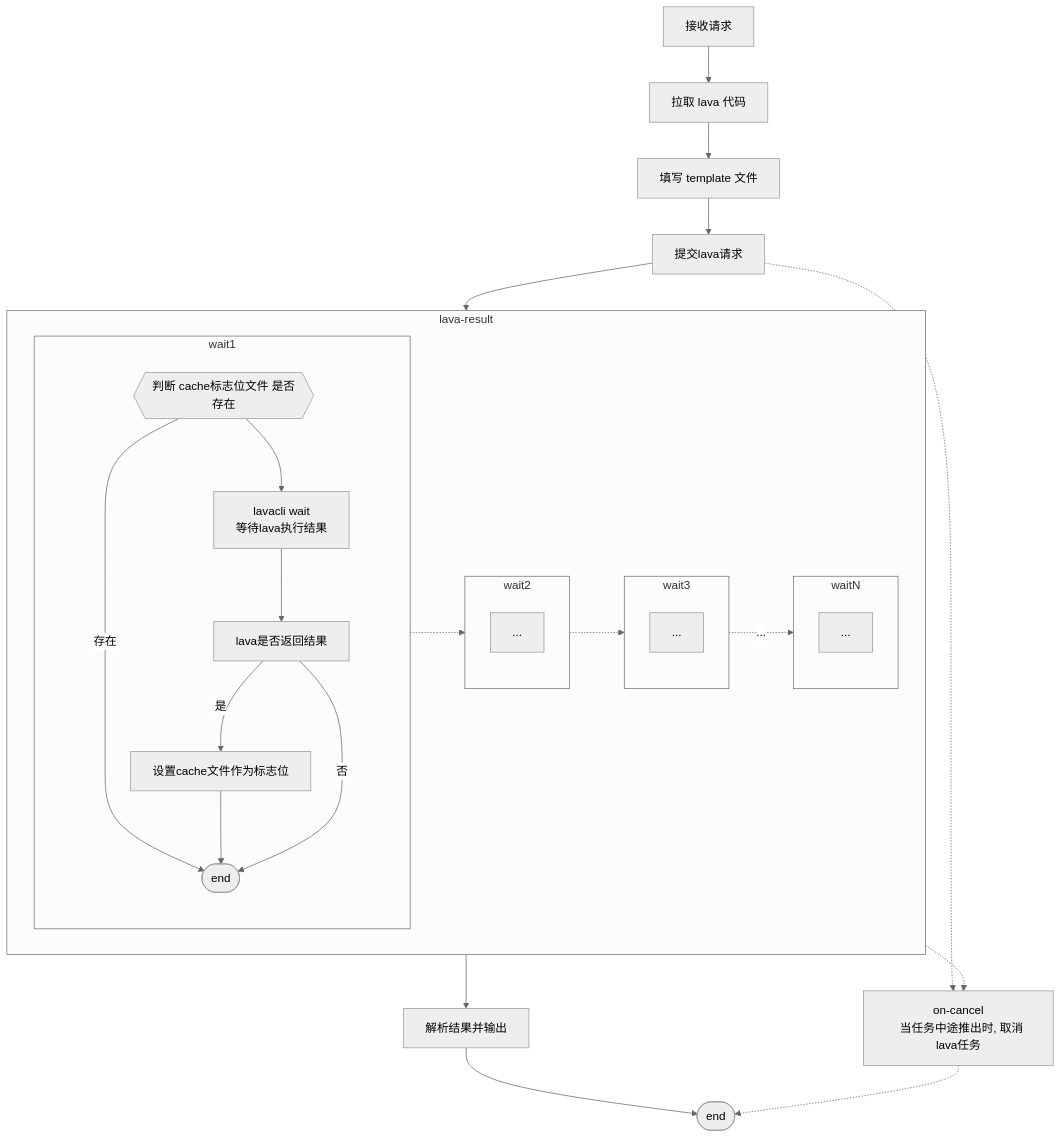
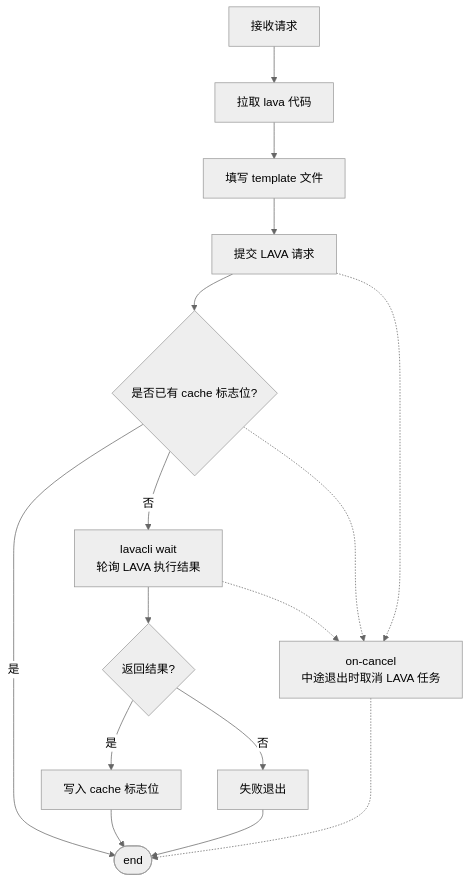
One commit to OERV-RVCI/RVCK-RAVA changed the fourth of 4 diagrams in README.md. Above: the diagram before and after it, drawn with Mermaid (neutral theme). The commit also changed other lines of this file, not shown here.

````diff
--- a/README.md
+++ b/README.md
@@ -180,35 +159,17 @@
 ```mermaid
 flowchart TB
-  A[接收请求] --> B[拉取 lava 代码] --> C[填写 template 文件] --> D[提交lava请求]
-  subgraph lava-result
-  
-  subgraph wait1
-    AA{{判断 cache标志位文件 是否存在}} --存在--> BB([end])
-    AA --> CC["lavacli wait
-    等待lava执行结果
-    "] --> DD[lava是否返回结果] --是--> EE[设置cache文件作为标志位] --> BB
-    DD --否 --> BB
-  end
-  subgraph wait2
-    W2[...]
-  end
-  subgraph wait3
-    W3[...]
-  end
-  subgraph waitN
-    WN[...]
-  end
+  A[接收请求] --> B[拉取 lava 代码] --> C[填写 template 文件] --> D[提交 LAVA 请求]
+  D --> JUDGE{是否已有 cache 标志位?}
+  JUDGE --是--> E([end])
+  JUDGE --否--> F["lavacli wait<br/>轮询 LAVA 执行结果"]
+  F --> G{返回结果?}
+  G --是--> H[写入 cache 标志位]
+  G --否--> I[失败退出]
+  H --> E
+  I --> E
 
-  wait1 -.-> wait2 -.-> wait3 -."...".-> waitN
-  
-  end
-
-  
-  D --> lava-result  --> E[解析结果并输出] --> F([end])
-  
-  D -.-> on-cancel["on-cancel
-  当任务中途推出时, 取消lava任务
-  "] -.-> F
-  
-  lava-result -.-> on-cancel
+  D -.-> ONCANCEL[on-cancel<br/>中途退出时取消 LAVA 任务]
+  JUDGE -.-> ONCANCEL
+  F -.-> ONCANCEL
+  ONCANCEL -.-> E
 ```
````
